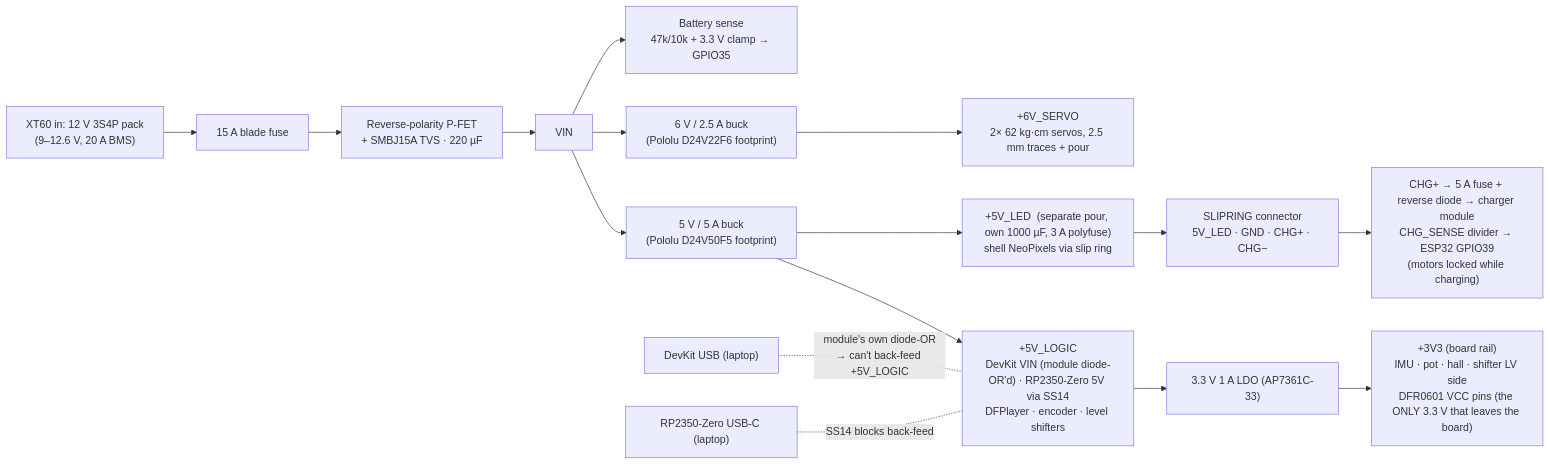
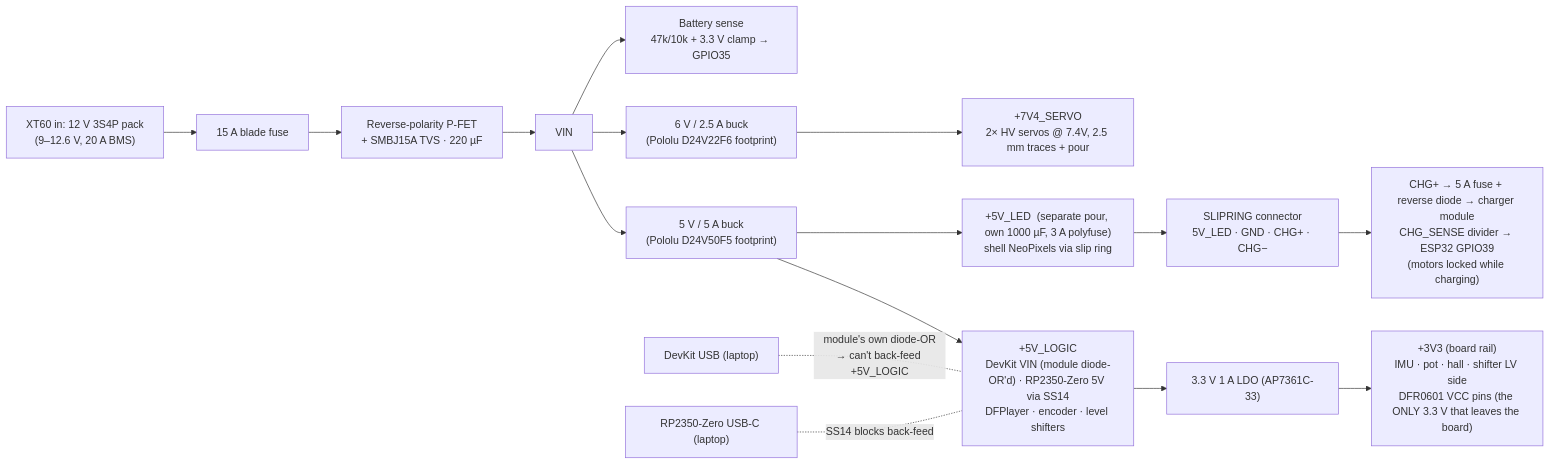
The second of 2 diagrams in docs/PCB_v10_Design.md (jlvandusen/Z-ClassControlSystem), drawn with Mermaid before and after one commit. The commit also changed other lines of this file and 8 other files, not shown here.

````diff
--- a/docs/PCB_v10_Design.md
+++ b/docs/PCB_v10_Design.md
@@ -90,15 +90,15 @@
 ```mermaid
 flowchart LR
   BAT["XT60 in: 12 V 3S4P pack\n(9–12.6 V, 20 A BMS)"] --> F["15 A blade fuse"] --> RPP["Reverse-polarity P-FET\n+ SMBJ15A TVS · 220 µF"] --> VIN
   VIN --> B5["5 V / 5 A buck\n(Pololu D24V50F5 footprint)"]
   VIN --> B6["6 V / 2.5 A buck\n(Pololu D24V22F6 footprint)"]
   VIN --> BS["Battery sense\n47k/10k + 3.3 V clamp → GPIO35"]
   B5 --> R5["+5V_LOGIC\nDevKit VIN (module diode-OR'd) · RP2350-Zero 5V via SS14\nDFPlayer · encoder · level shifters"]
   B5 --> R5L["+5V_LED  (separate pour, own 1000 µF, 3 A polyfuse)\nshell NeoPixels via slip ring"]
   R5L --> SR["SLIPRING connector\n5V_LED · GND · CHG+ · CHG−"]
   SR --> CHG["CHG+ → 5 A fuse + reverse diode → charger module\nCHG_SENSE divider → ESP32 GPIO39\n(motors locked while charging)"]
   R5 --> LDO["3.3 V 1 A LDO (AP7361C-33)"] --> R33["+3V3 (board rail)\nIMU · pot · hall · shifter LV side\nDFR0601 VCC pins (the ONLY 3.3 V that leaves the board)"]
-  B6 --> R6["+6V_SERVO\n2× 62 kg·cm servos, 2.5 mm traces + pour"]
+  B6 --> R6["+7V4_SERVO\n2× HV servos @ 7.4V, 2.5 mm traces + pour"]
   USBE["DevKit USB (laptop)"] -. "module's own diode-OR\n→ can't back-feed +5V_LOGIC" .- R5
   USBR["RP2350-Zero USB-C (laptop)"] -. "SS14 blocks back-feed" .- R5
 ```
````
